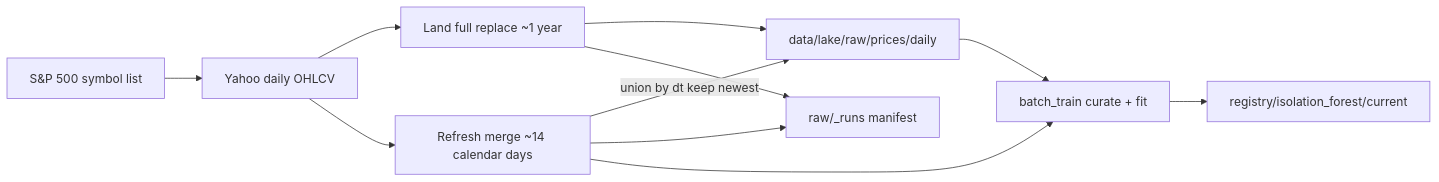
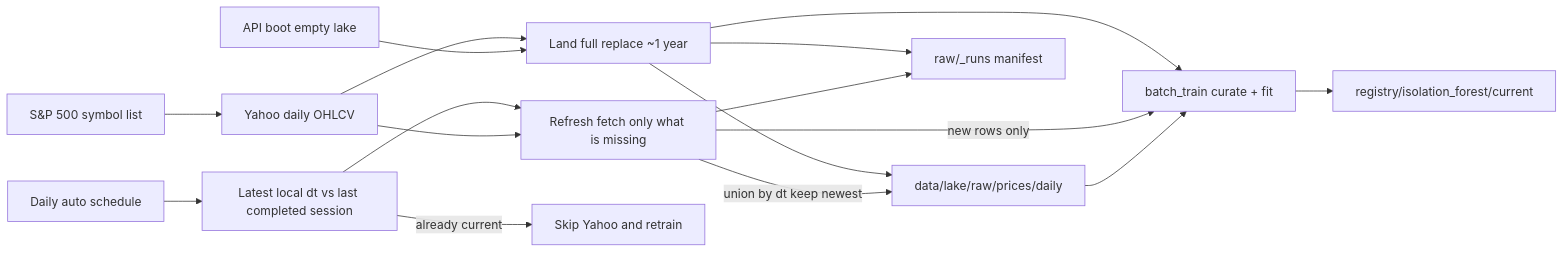
Before and after one commit to sameerde4/ticker-alert-system: the fifth of 10 diagrams in docs/architecture.md, drawn with Mermaid. The commit also changed other lines of this file and 8 other files, not shown here.

First line of the commit message:
Document auto lake refresh, Scan focus, and History company columns.

````diff
--- a/docs/architecture.md
+++ b/docs/architecture.md
@@ -273,13 +308,18 @@
 ```mermaid
 flowchart LR
     SP[S&P 500 symbol list] --> YF[Yahoo daily OHLCV]
     YF --> LAND[Land full replace ~1 year]
-    YF --> MER[Refresh merge ~14 calendar days]
+    CHECK[Latest local dt vs last completed session] --> MER[Refresh fetch only what is missing]
+    YF --> MER
+    BOOT[API boot empty lake] --> LAND
+    SCHED[Daily auto schedule] --> CHECK
     LAND --> RAW[data/lake/raw/prices/daily]
     MER -->|union by dt keep newest| RAW
+    CHECK -->|already current| SKIP[Skip Yahoo and retrain]
     LAND --> MAN[raw/_runs manifest]
     MER --> MAN
-    MER --> TRAIN[batch_train curate + fit]
+    LAND --> TRAIN[batch_train curate + fit]
+    MER -->|new rows only| TRAIN
     RAW --> TRAIN
     TRAIN --> REG[registry/isolation_forest/current]
 ```
````
